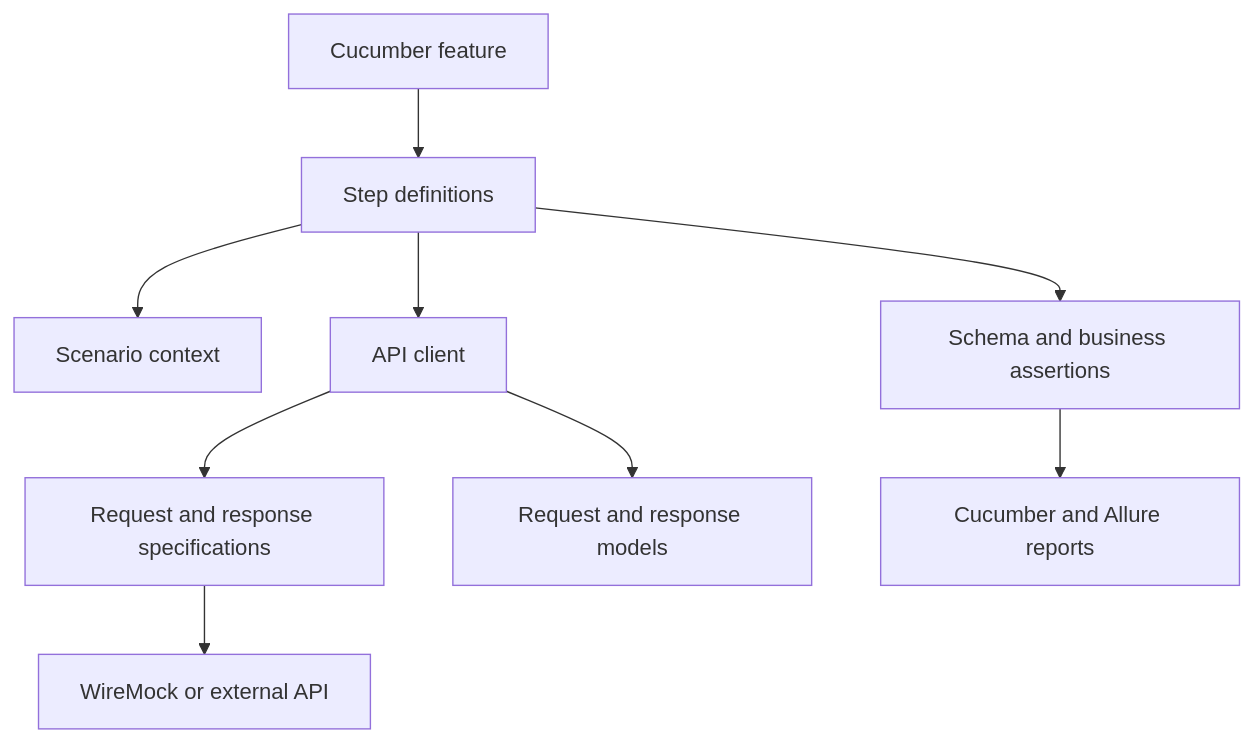
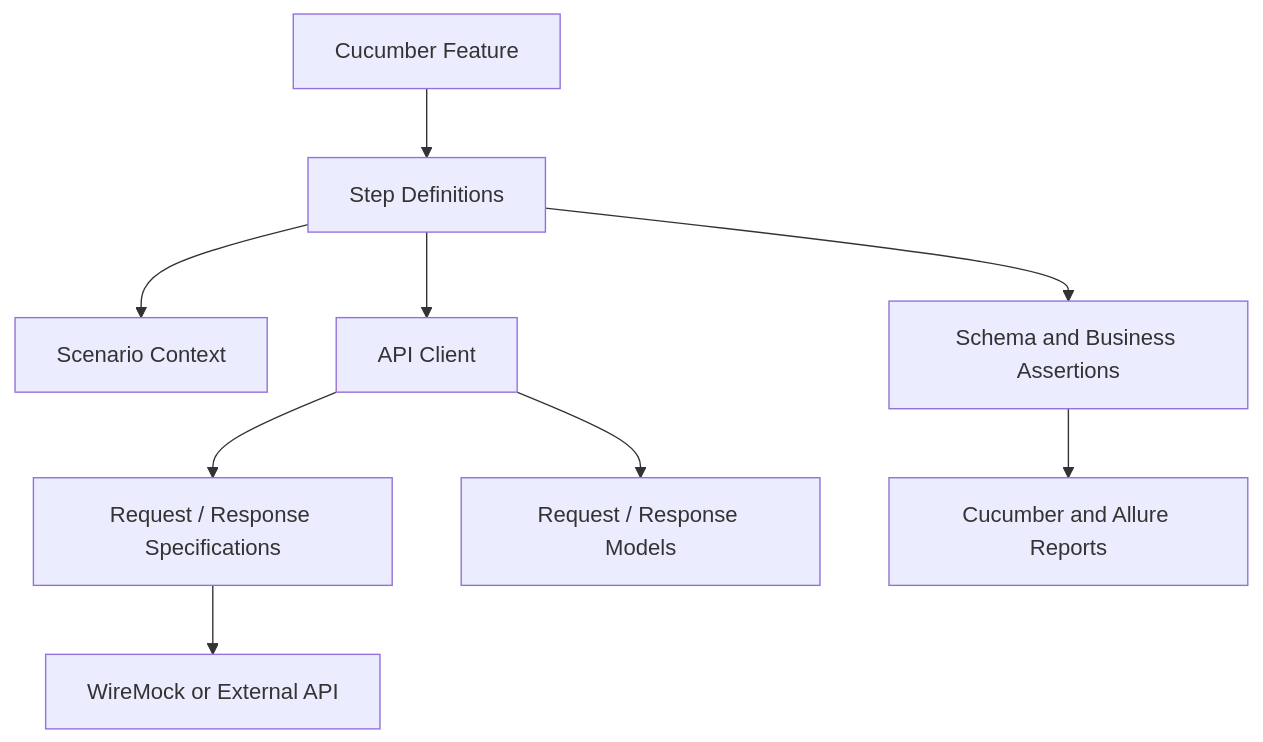
The diagram in README.md (venkatr184/rest-assured-bdd-api-automation-framework), drawn with Mermaid before and after one commit. The commit also changed other lines of this file, not shown here.

````diff
--- a/README.md
+++ b/README.md
@@ -124,11 +103,11 @@
 ```mermaid
 flowchart TD
-    A["Cucumber feature"] --> B["Step definitions"]
-    B --> C["Scenario context"]
-    B --> D["API client"]
-    D --> E["Request and response specifications"]
-    D --> F["Request and response models"]
-    E --> G["WireMock or external API"]
-    B --> H["Schema and business assertions"]
-    H --> I["Cucumber and Allure reports"]
+    A["Cucumber Feature"] --> B["Step Definitions"]
+    B --> C["Scenario Context"]
+    B --> D["API Client"]
+    D --> E["Request / Response Specifications"]
+    D --> F["Request / Response Models"]
+    E --> G["WireMock or External API"]
+    B --> H["Schema and Business Assertions"]
+    H --> I["Cucumber and Allure Reports"]
 ```
````
